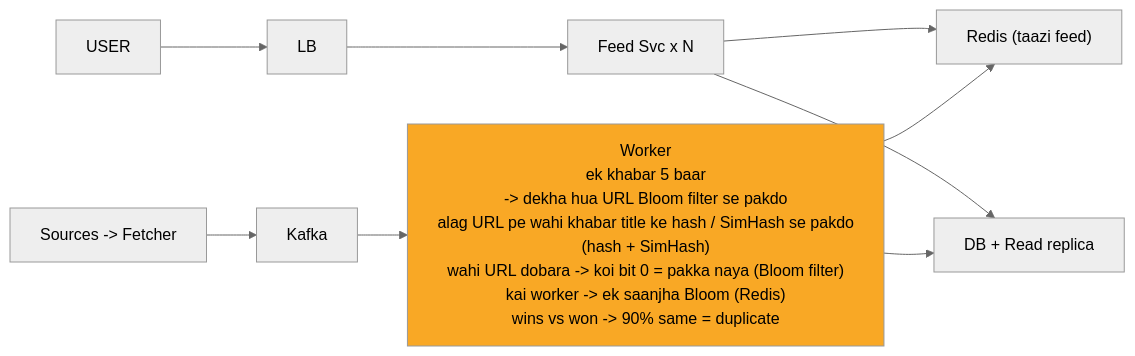
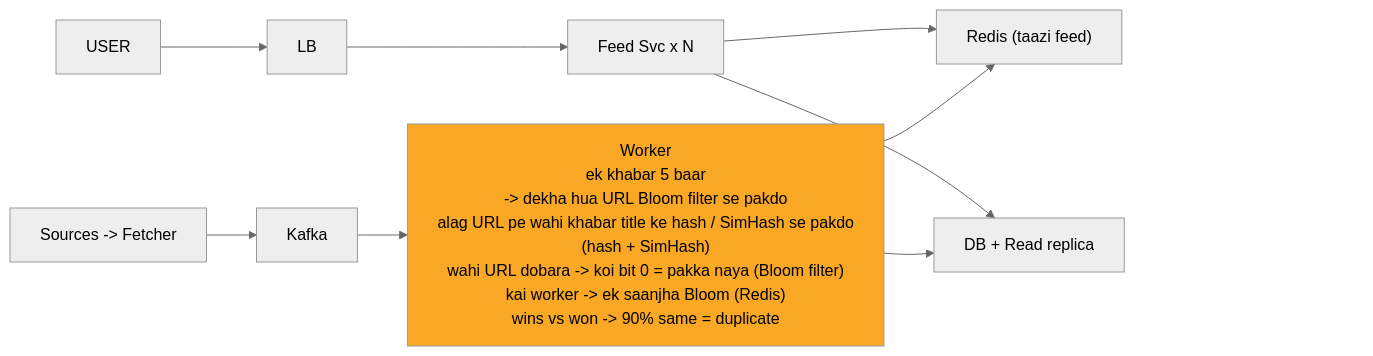
Before and after one commit to ArpanMaheshwari144/Prep: the fifth of 11 diagrams in 04_HLD/SYSTEM_DESIGNS/08_news_aggregator/08_news_aggregator_INTERVIEW.md, drawn with Mermaid (neutral theme). The commit also changed other lines of this file and 13 other files, not shown here.

Commit message:
hld 14 file: har diagram ke daayein andekha dabba, zoom button asli dabbe pe na aaye

````diff
--- a/04_HLD/SYSTEM_DESIGNS/08_news_aggregator/08_news_aggregator_INTERVIEW.md
+++ b/04_HLD/SYSTEM_DESIGNS/08_news_aggregator/08_news_aggregator_INTERVIEW.md
@@ -194,21 +206,24 @@
 ```mermaid
 %%{init: {"flowchart": {"wrappingWidth": 450}}}%%
 flowchart LR
     n_USER["USER"]
     n_LB["LB"]
     n_Feed_Svc_xN["Feed Svc x N"]
     n_Redis["Redis (taazi feed)"]
     n_DBR["DB + Read replica"]
     n_Worker["Worker<br/>ek khabar 5 baar<br/>-> dekha hua URL Bloom filter se pakdo<br/>alag URL pe wahi khabar title ke hash / SimHash se pakdo<br/>(hash + SimHash)<br/>wahi URL dobara -> koi bit 0 = pakka naya (Bloom filter)<br/>kai worker -> ek saanjha Bloom (Redis)<br/>wins vs won -> 90% same = duplicate"]
     n_Kafka["Kafka"]
     n_SF["Sources -> Fetcher"]
     n_USER --> n_LB
     n_LB --> n_Feed_Svc_xN
     n_Feed_Svc_xN --> n_Redis
     n_Feed_Svc_xN --> n_DBR
     n_Worker --> n_DBR
     n_Worker --> n_Redis
     n_Kafka --> n_Worker
     n_SF --> n_Kafka
+    n_pad["xxxxxxxxxxxxxxxx"]
+    n_DBR ~~~ n_pad
     style n_Worker fill:#f9a825,color:#000
+    style n_pad fill:none,stroke:none,color:#ffffff00
 ```
````
